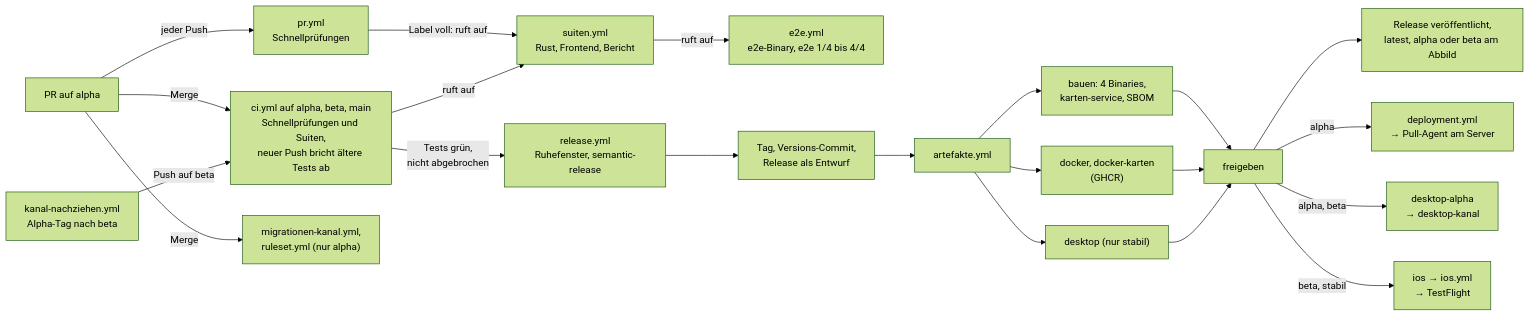
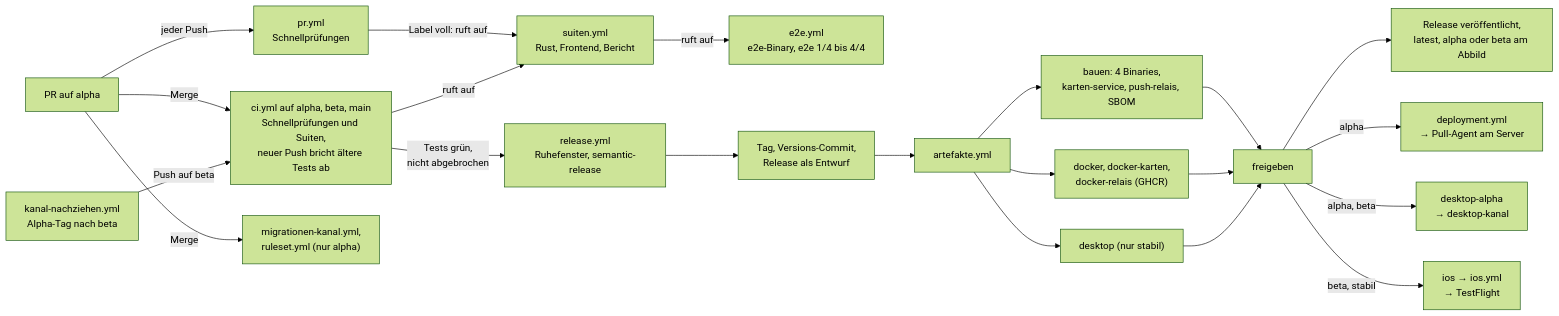
The second of 2 diagrams in docs/architektur/07-verteilungssicht.md (rubenvitt/lifeline-hub), drawn with Mermaid (forest theme) before and after one commit. The commit also changed other lines of this file and 14 other files, not shown here.

````diff
--- a/docs/architektur/07-verteilungssicht.md
+++ b/docs/architektur/07-verteilungssicht.md
@@ -155,23 +164,23 @@
 ```mermaid
 flowchart LR
   PR["PR auf alpha"] -->|jeder Push| CIPR["pr.yml<br/>Schnellprüfungen"]
   PR -->|Merge| CI["ci.yml auf alpha, beta, main<br/>Schnellprüfungen und Suiten,<br/>neuer Push bricht ältere Tests ab"]
   PR -->|Merge| KAN["migrationen-kanal.yml,<br/>ruleset.yml (nur alpha)"]
   CIPR -->|"Label voll: ruft auf"| SU["suiten.yml<br/>Rust, Frontend, Bericht"]
   CI -->|ruft auf| SU
   SU -->|ruft auf| E2E["e2e.yml<br/>e2e-Binary, e2e 1/4 bis 4/4"]
   CI -->|"Tests grün,<br/>nicht abgebrochen"| REL["release.yml<br/>Ruhefenster, semantic-release"]
   REL --> TAG["Tag, Versions-Commit,<br/>Release als Entwurf"]
   TAG --> ART["artefakte.yml"]
-  ART --> B["bauen: 4 Binaries,<br/>karten-service, SBOM"]
-  ART --> D["docker, docker-karten<br/>(GHCR)"]
+  ART --> B["bauen: 4 Binaries,<br/>karten-service, push-relais, SBOM"]
+  ART --> D["docker, docker-karten,<br/>docker-relais (GHCR)"]
   ART --> DS["desktop (nur stabil)"]
   NZ["kanal-nachziehen.yml<br/>Alpha-Tag nach beta"] -->|Push auf beta| CI
   B --> F["freigeben"]
   D --> F
   DS --> F
   F --> PUB["Release veröffentlicht,<br/>latest, alpha oder beta am Abbild"]
   F -->|alpha| DEP["deployment.yml<br/>→ Pull-Agent am Server"]
   F -->|alpha, beta| DA["desktop-alpha<br/>→ desktop-kanal"]
   F -->|beta, stabil| IOSJ["ios → ios.yml<br/>→ TestFlight"]
 ```
````
